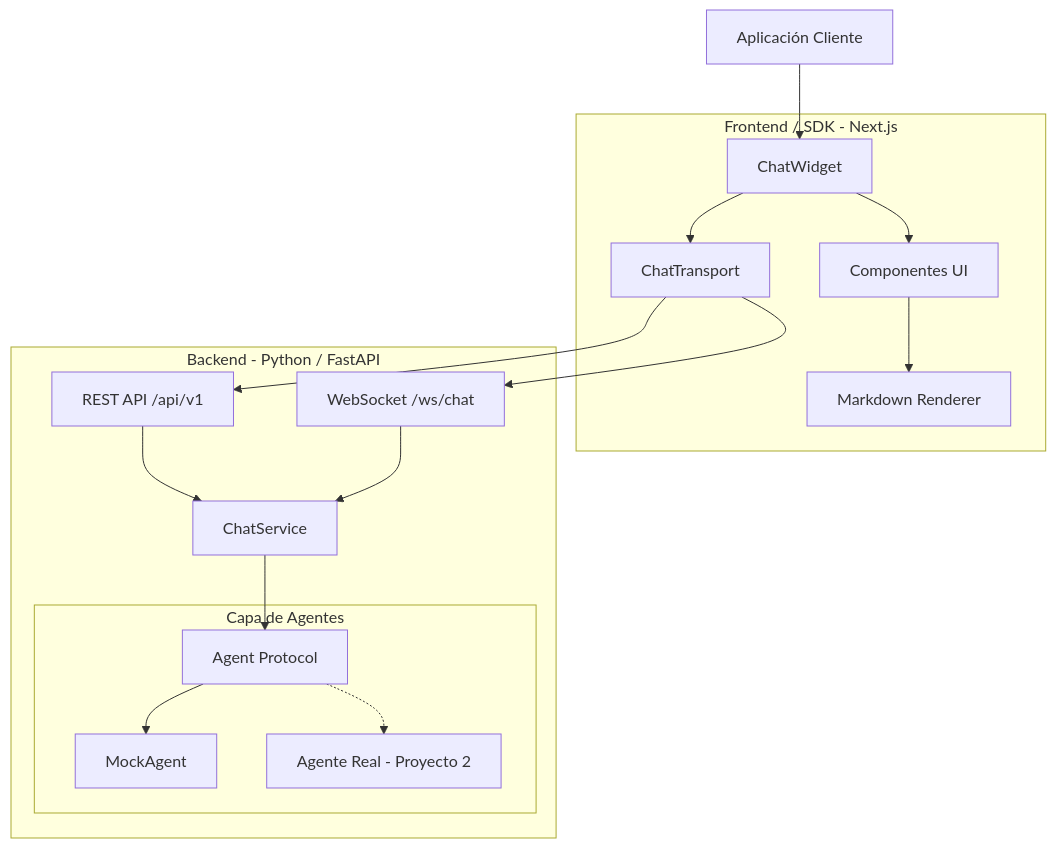
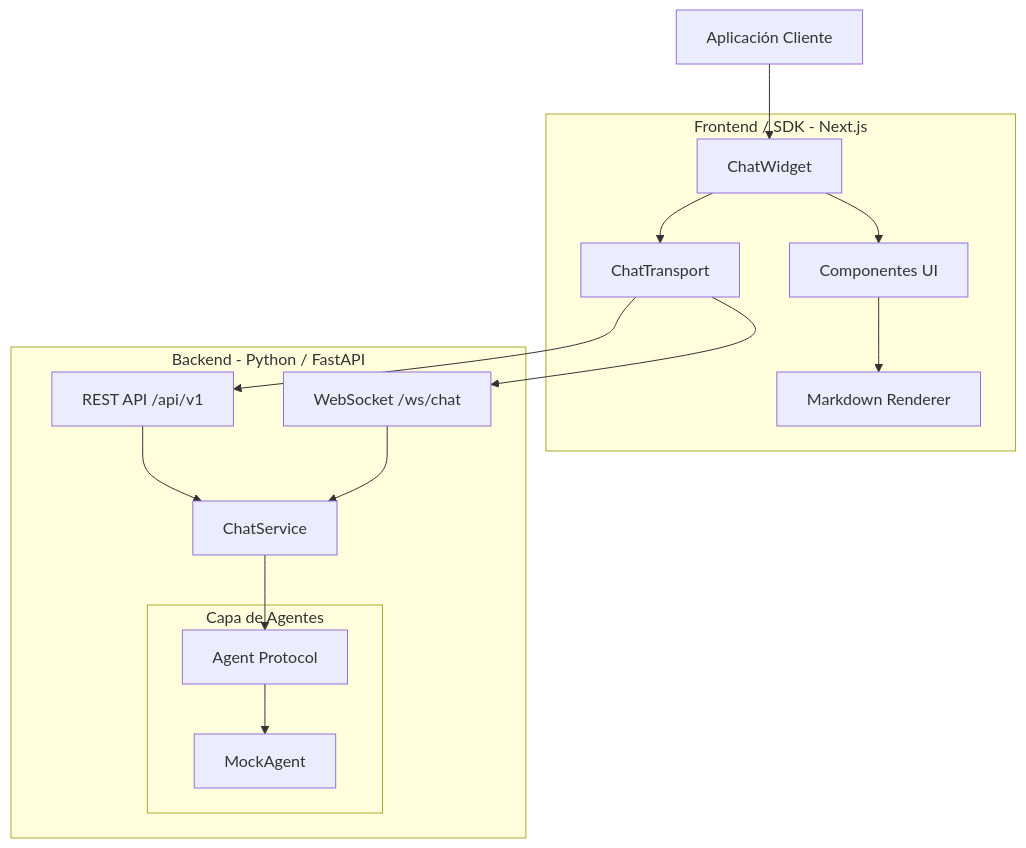
One commit to Pablownski/AIEC-proy1 changed the first of 2 diagrams in docs/ARQUITECTURA.md. Above: the diagram before and after it, drawn with Mermaid. The commit also changed 14 other files, not shown here.

````diff
--- a/docs/ARQUITECTURA.md
+++ b/docs/ARQUITECTURA.md
@@ -12,35 +12,33 @@
 ```mermaid
 flowchart TB
     Client["Aplicación Cliente"]
 
     subgraph Frontend["Frontend / SDK - Next.js"]
         Widget["ChatWidget"]
         UI["Componentes UI"]
         Markdown["Markdown Renderer"]
         Transport["ChatTransport"]
     end
 
     subgraph Backend["Backend - Python / FastAPI"]
         API["REST API /api/v1"]
         WS["WebSocket /ws/chat"]
         Service["ChatService"]
 
         subgraph Agents["Capa de Agentes"]
             Interface["Agent Protocol"]
             Mock["MockAgent"]
-            Future["Agente Real - Proyecto 2"]
         end
     end
 
     Client --> Widget
     Widget --> UI
     UI --> Markdown
     Widget --> Transport
     Transport --> API
     Transport --> WS
     API --> Service
     WS --> Service
     Service --> Interface
     Interface --> Mock
-    Interface -.-> Future
 ```
````
